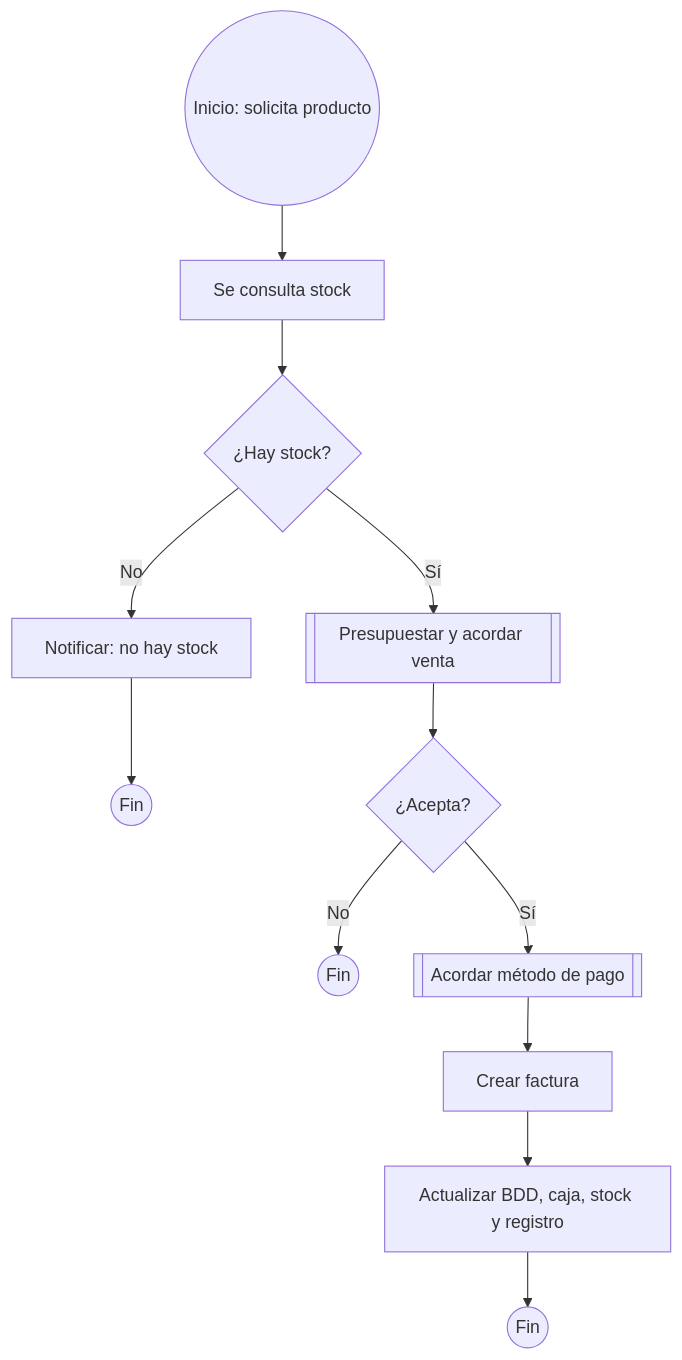
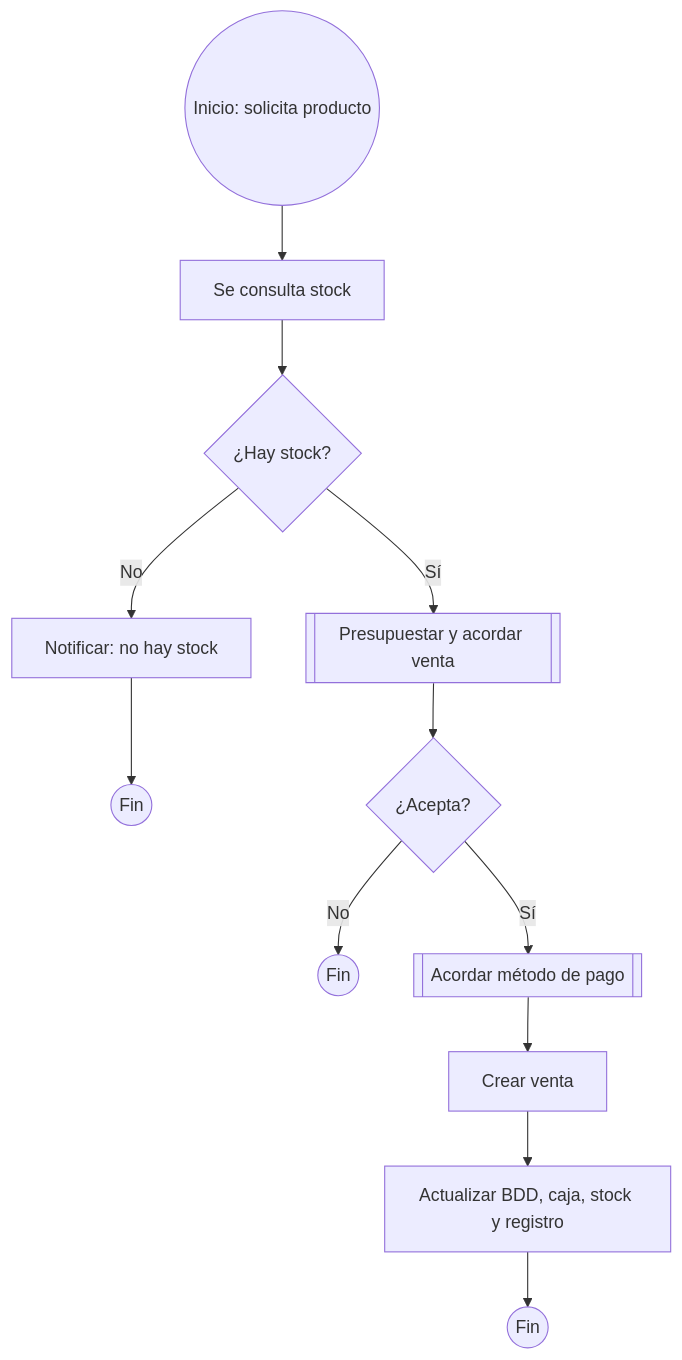
One commit to Amade0o/gmSolTec changed the first of 2 diagrams in CLAUDE/BPMN.md. Above: the diagram before and after it, drawn with Mermaid. The commit also changed other lines of this file and 5 other files, not shown here.

````diff
--- a/CLAUDE/BPMN.md
+++ b/CLAUDE/BPMN.md
@@ -51,13 +51,13 @@
 ```mermaid
 flowchart TD
   S((Inicio: solicita producto)) --> A1[Se consulta stock]
   A1 --> G1{¿Hay stock?}
   G1 -- No --> N1[Notificar: no hay stock] --> F1((Fin))
   G1 -- Sí --> A3[[Presupuestar y acordar venta]]
   A3 --> G2{¿Acepta?}
   G2 -- No --> F2((Fin))
   G2 -- Sí --> A5[[Acordar método de pago]]
-  A5 --> A6[Crear factura]
+  A5 --> A6[Crear venta]
   A6 --> A7[Actualizar BDD, caja, stock y registro]
   A7 --> F3((Fin))
 ```
````
